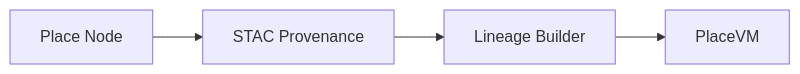
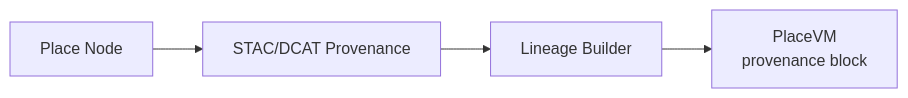
Before and after one commit to bartytime4life/Kansas-Frontier-Matrix: the third of 4 diagrams in web/src/entities/places/README.md, drawn with Mermaid. The commit also changed other lines of this file, not shown here.

````diff
--- a/web/src/entities/places/README.md
+++ b/web/src/entities/places/README.md
@@ -157,6 +251,6 @@
-```mermaid
+~~~mermaid
 flowchart LR
-    GEO[Place Node] --> STACREF[STAC Provenance]
+    GEO[Place Node] --> STACREF[STAC/DCAT Provenance]
     STACREF --> PROV[Lineage Builder]
-    PROV --> PVM[PlaceVM]
-```
+    PROV --> PVM[PlaceVM<br/>provenance block]
+~~~
````
